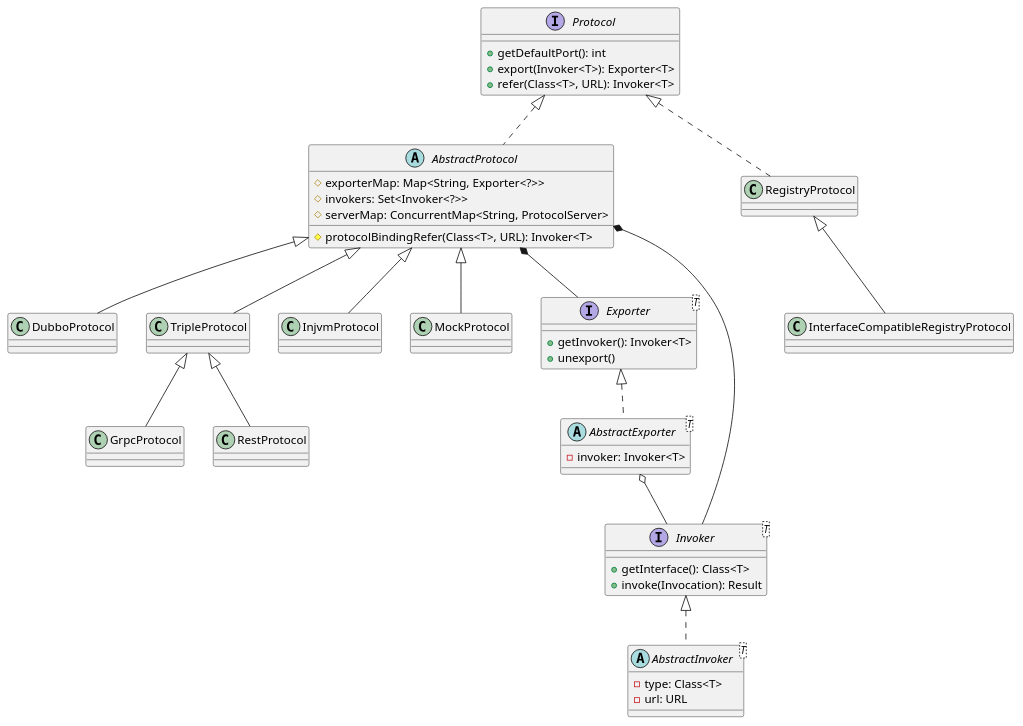
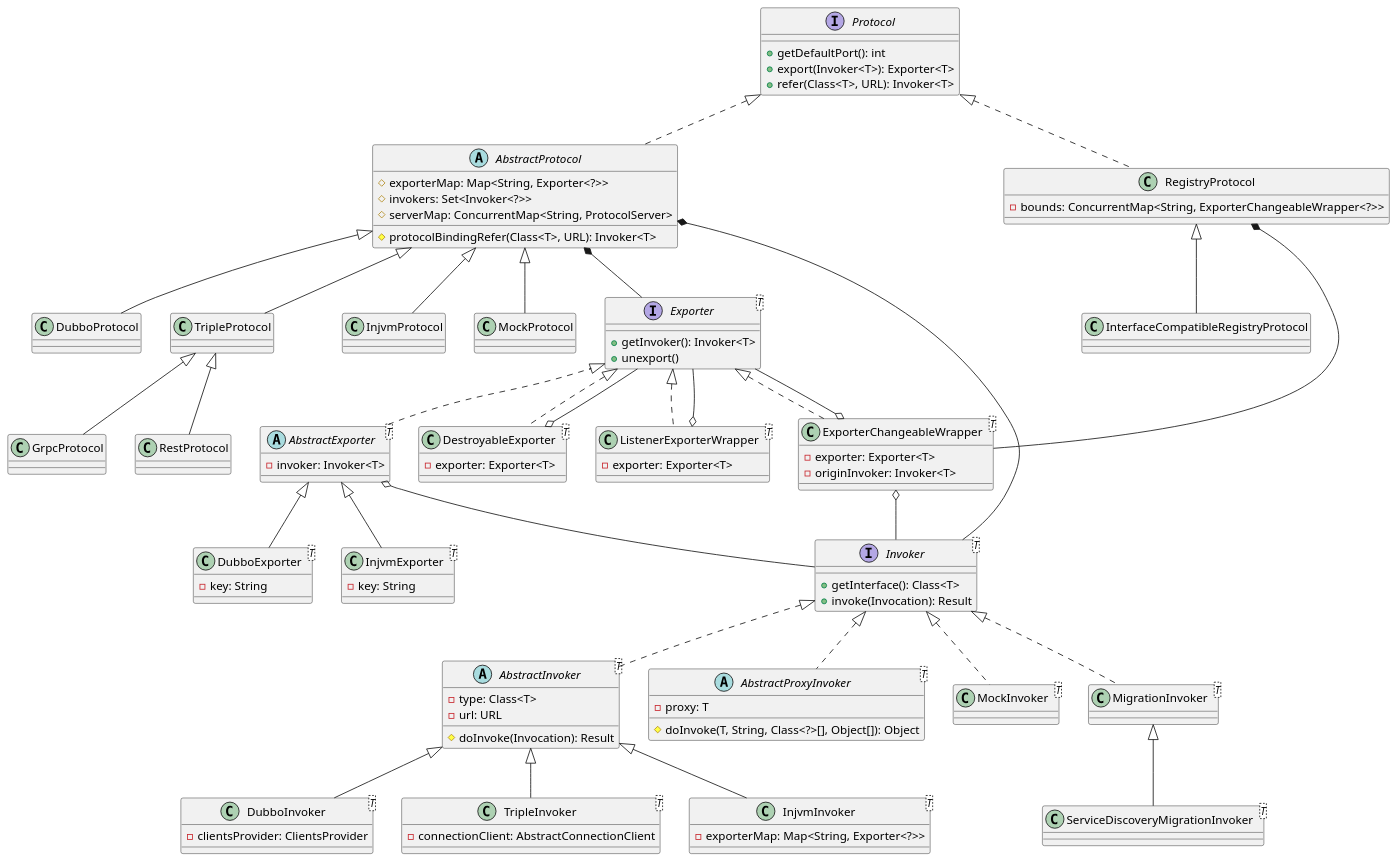
Before and after one commit to kevinwang930/kevinwang930.github.io: the third of 16 diagrams in content/post/network/dubbo/index.md, drawn with PlantUML. The commit also changed other lines of this file, not shown here.

````diff
--- a/content/post/network/dubbo/index.md
+++ b/content/post/network/dubbo/index.md
@@ -983,7 +981,9 @@
 class RestProtocol extends TripleProtocol
 class InjvmProtocol extends AbstractProtocol
 class MockProtocol extends AbstractProtocol
-class RegistryProtocol implements Protocol
+class RegistryProtocol implements Protocol {
+  - bounds: ConcurrentMap<String, ExporterChangeableWrapper<?>>
+}
 class InterfaceCompatibleRegistryProtocol extends RegistryProtocol
 
 interface Exporter<T> {
@@ -993,6 +993,22 @@
 abstract class AbstractExporter<T> implements Exporter {
   - invoker: Invoker<T>
 }
+class DubboExporter<T> extends AbstractExporter {
+  - key: String
+}
+class InjvmExporter<T> extends AbstractExporter {
+  - key: String
+}
+class ExporterChangeableWrapper<T> implements Exporter {
+  - exporter: Exporter<T>
+  - originInvoker: Invoker<T>
+}
+class DestroyableExporter<T> implements Exporter {
+  - exporter: Exporter<T>
+}
+class ListenerExporterWrapper<T> implements Exporter {
+  - exporter: Exporter<T>
+}
 
 interface Invoker<T> {
   + getInterface(): Class<T>
@@ -1001,10 +1017,32 @@
 abstract class AbstractInvoker<T> implements Invoker {
   - type: Class<T>
   - url: URL
+  # doInvoke(Invocation): Result
 }
+class DubboInvoker<T> extends AbstractInvoker {
+  - clientsProvider: ClientsProvider
+}
+class TripleInvoker<T> extends AbstractInvoker {
+  - connectionClient: AbstractConnectionClient
+}
+class InjvmInvoker<T> extends AbstractInvoker {
+  - exporterMap: Map<String, Exporter<?>>
+}
+abstract class AbstractProxyInvoker<T> implements Invoker {
+  - proxy: T
+  # doInvoke(T, String, Class<?>[], Object[]): Object
+}
+class MockInvoker<T> implements Invoker
+class MigrationInvoker<T> implements Invoker
+class ServiceDiscoveryMigrationInvoker<T> extends MigrationInvoker
 
 AbstractProtocol *-- Exporter
 AbstractProtocol *-- Invoker
+RegistryProtocol *-- ExporterChangeableWrapper
 AbstractExporter o-- Invoker
+ExporterChangeableWrapper o-- Exporter
+ExporterChangeableWrapper o-- Invoker
+DestroyableExporter o-- Exporter
+ListenerExporterWrapper o-- Exporter
 @enduml
 ```
````
